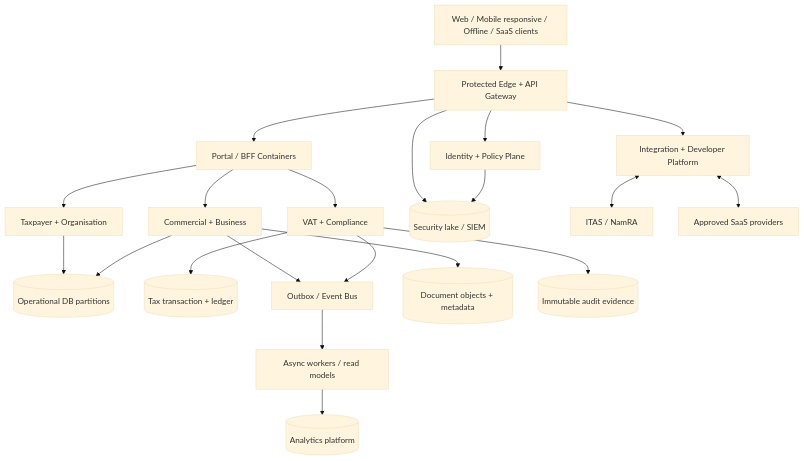
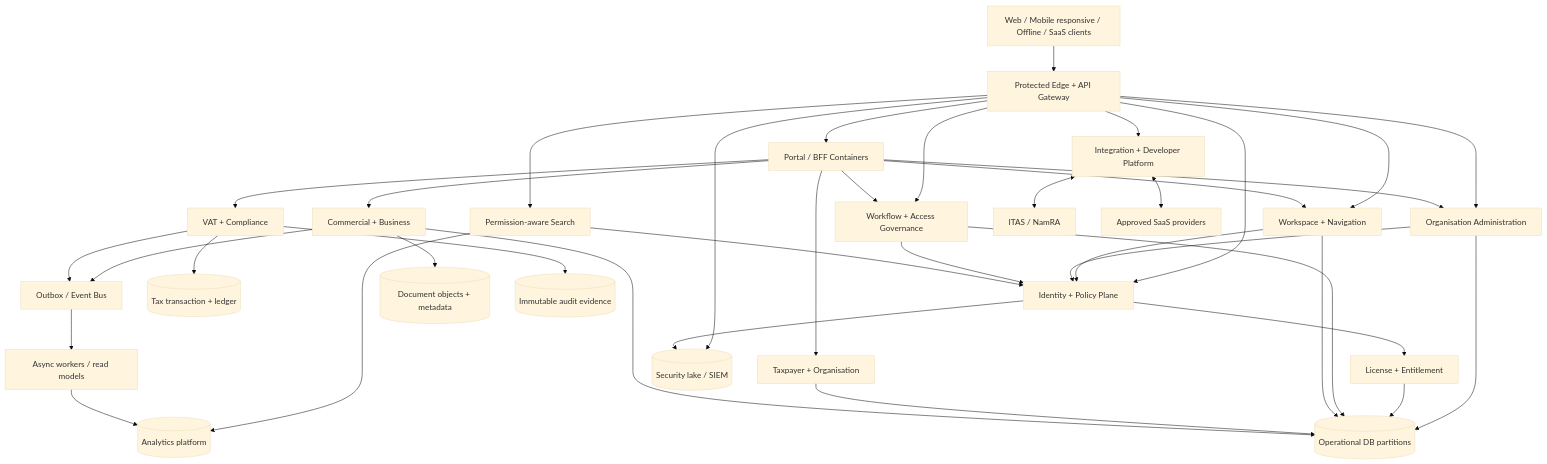
Before and after one commit to pigeonpreception-coder/VAT---MSA: the diagram in 08-enterprise-architecture/diagrams/c4-level-2-containers.mmd, drawn with Mermaid (base theme). The commit also changed 40 other files, not shown here.

Commit message:
docs: extend workspace licensing and workflow architecture

```diff
--- a/08-enterprise-architecture/diagrams/c4-level-2-containers.mmd
+++ b/08-enterprise-architecture/diagrams/c4-level-2-containers.mmd
@@ -1,21 +1,38 @@
 flowchart TD
   CLIENTS["Web / Mobile responsive / Offline / SaaS clients"] --> EDGE["Protected Edge + API Gateway"]
   EDGE --> IAM["Identity + Policy Plane"]
+  IAM --> ENTITLEMENT["License + Entitlement"]
+  EDGE --> NAV["Workspace + Navigation"]
+  EDGE --> ORGADMIN["Organisation Administration"]
+  EDGE --> WORKFLOW["Workflow + Access Governance"]
+  EDGE --> SEARCH["Permission-aware Search"]
   EDGE --> UX["Portal / BFF Containers"]
   UX --> TAXPAYER["Taxpayer + Organisation"]
   UX --> BUSINESS["Commercial + Business"]
   UX --> TAX["VAT + Compliance"]
+  UX --> NAV
+  UX --> ORGADMIN
+  UX --> WORKFLOW
+  NAV --> IAM
+  ORGADMIN --> IAM
+  WORKFLOW --> IAM
+  SEARCH --> IAM
+  ORGADMIN --> OPDB
+  ENTITLEMENT --> OPDB
+  WORKFLOW --> OPDB
+  NAV --> OPDB
+  SEARCH --> ANALYTICS
   EDGE --> INTEGRATION["Integration + Developer Platform"]
   TAXPAYER --> OPDB[("Operational DB partitions")]
   BUSINESS --> OPDB
   TAX --> TAXDB[("Tax transaction + ledger")]
   BUSINESS --> OUTBOX["Outbox / Event Bus"]
   TAX --> OUTBOX
   OUTBOX --> WORKERS["Async workers / read models"]
   BUSINESS --> DOCS[("Document objects + metadata")]
   WORKERS --> ANALYTICS[("Analytics platform")]
   TAX --> AUDIT[("Immutable audit evidence")]
   EDGE --> SIEM[("Security lake / SIEM")]
   IAM --> SIEM
   INTEGRATION <--> ITAS["ITAS / NamRA"]
   INTEGRATION <--> SAAS["Approved SaaS providers"]
```
